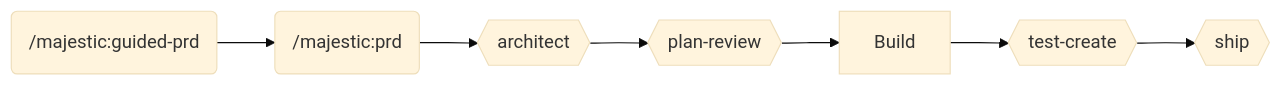
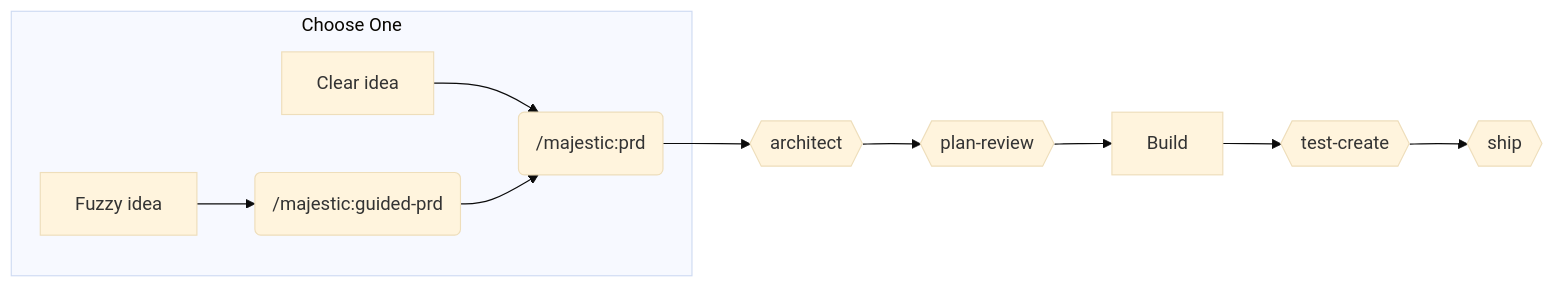
One commit to majesticlabs-dev/majestic-marketplace changed the first of 2 diagrams in plugins/majestic-engineer/README.md. Above: the diagram before and after it, drawn with Mermaid (base theme). The commit also changed other lines of this file, not shown here.

Commit message:
docs: clarify guided-prd and prd as alternatives, not sequence

````diff
--- a/plugins/majestic-engineer/README.md
+++ b/plugins/majestic-engineer/README.md
@@ -15,9 +15,12 @@
 ```mermaid
 graph LR
-    A0(/majestic:guided-prd) --> A(/majestic:prd)
-    A --> B{{architect}}
+    subgraph "Choose One"
+        A1[Clear idea] --> P(/majestic:prd)
+        A2[Fuzzy idea] --> G(/majestic:guided-prd) --> P
+    end
+    P --> B{{architect}}
     B --> C{{plan-review}}
     C --> D[Build]
     D --> E{{test-create}}
     E --> F{{ship}}
 ```
````
